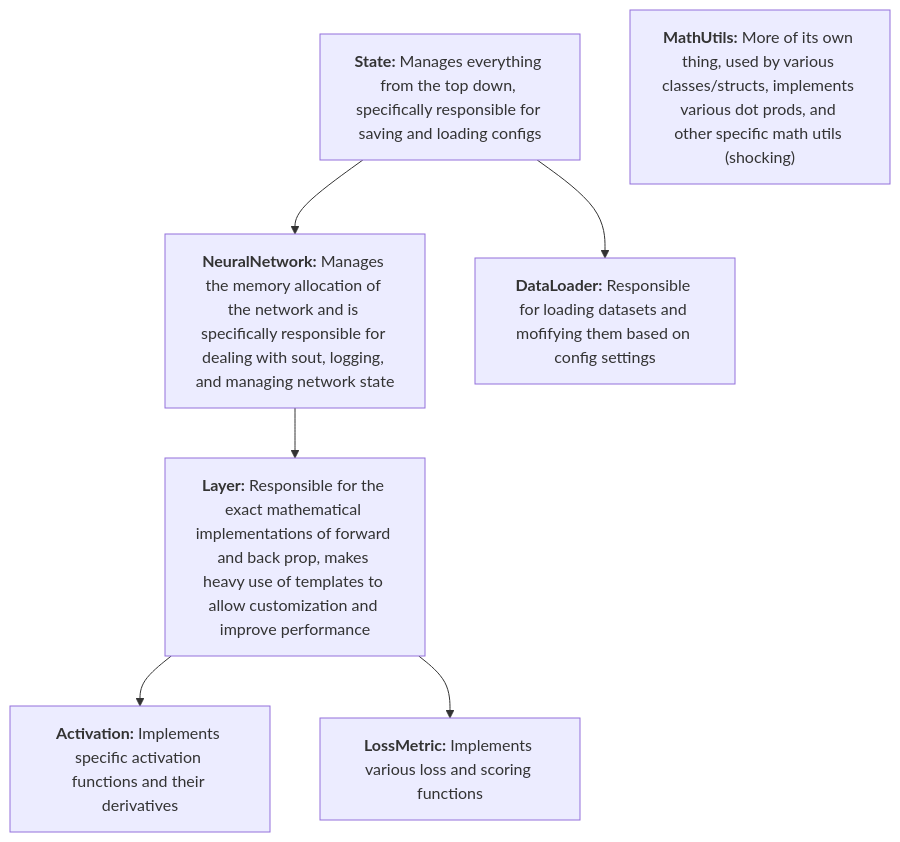
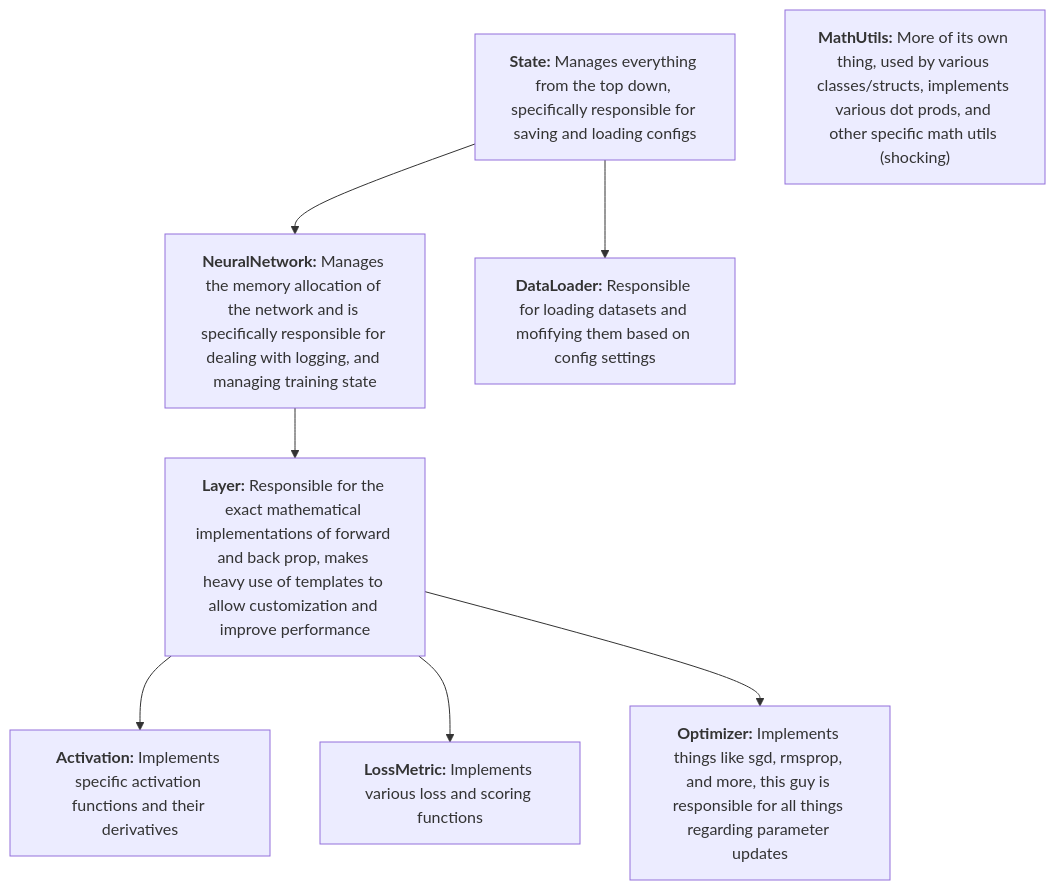
One commit to Joey574/MLEngine changed the diagram in README.md. Above: the diagram before and after it, drawn with Mermaid. The commit also changed other lines of this file and 11 other files, not shown here.

````diff
--- a/README.md
+++ b/README.md
@@ -40,23 +38,27 @@
 ```mermaid
 flowchart TD
     state["`**State:** Manages everything from the top down, specifically responsible for saving and loading configs`"]
 
-    nn["`**NeuralNetwork:** Manages the memory allocation of the network and is specifically responsible for dealing with sout, logging, and managing network state`"]
+    nn["`**NeuralNetwork:** Manages the memory allocation of the network and is specifically responsible for dealing with logging, and managing training state`"]
 
     layer["`**Layer:** Responsible for the exact mathematical implementations of forward and back prop, makes heavy use of templates to allow customization and improve performance`"]
 
     dataload["`**DataLoader:** Responsible for loading datasets and mofifying them based on config settings`"]
 
     actv["`**Activation:** Implements specific activation functions and their derivatives`"]
 
     lossmetric["`**LossMetric:** Implements various loss and scoring functions`"]
 
+    optimizer["`**Optimizer:** Implements things like sgd, rmsprop, and more, this guy is responsible for all things regarding parameter updates`"]
+
     mathutils["`**MathUtils:** More of its own thing, used by various classes/structs, implements various dot prods, and other specific math utils (shocking)`"]
 
     state-->nn
     state-->dataload
+
     nn-->layer
 
     layer-->actv
     layer-->lossmetric
+    layer-->optimizer
 ```
````
